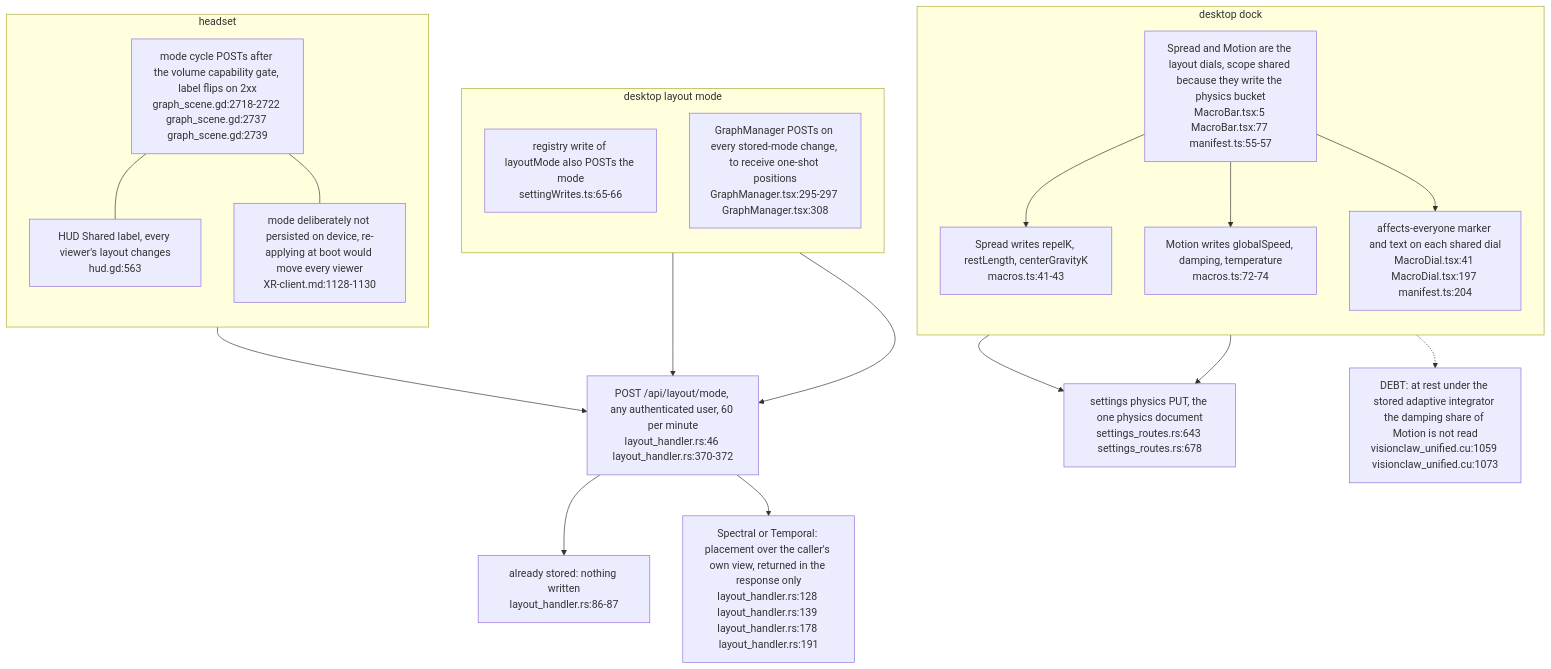
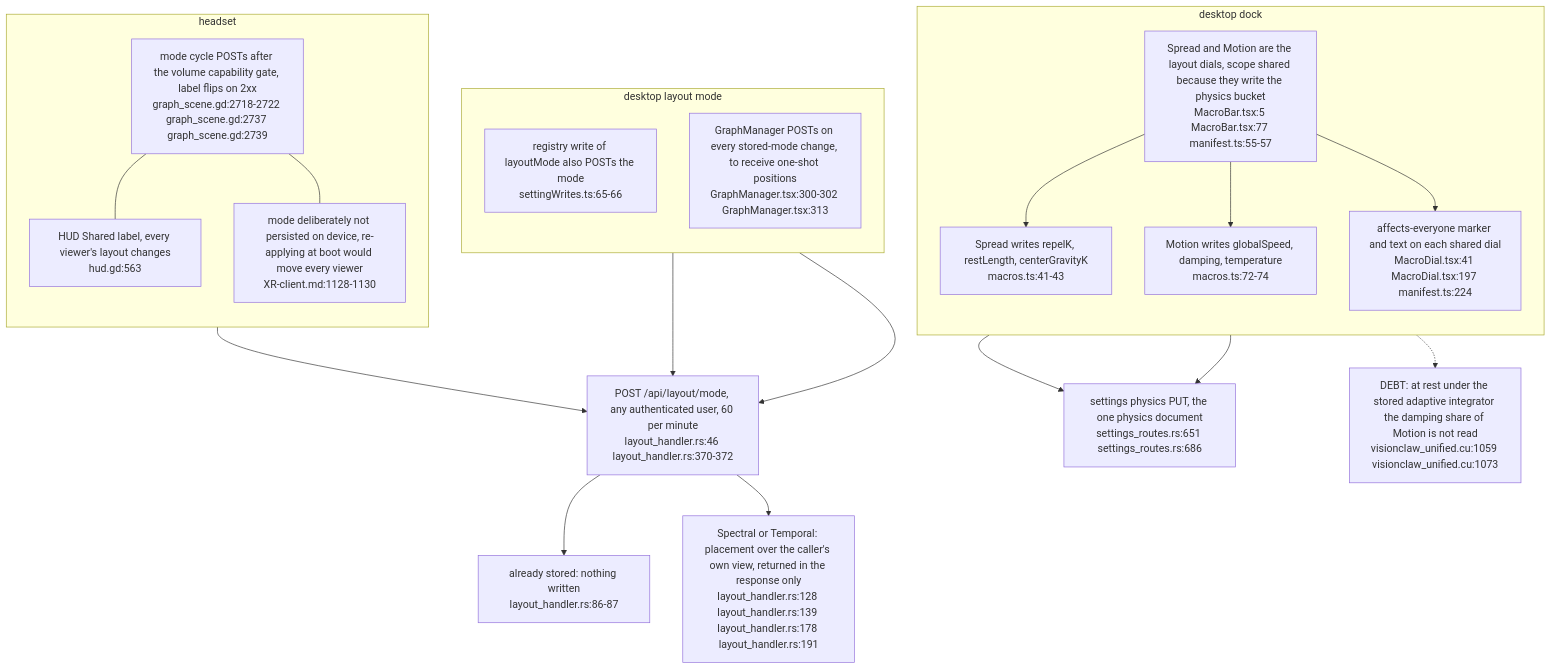
Before and after one commit to DreamLab-AI/VisionFlow: the fifth of 5 diagrams in docs/diagrams/visionclaw/54-layout-mode-step-cadence-and-settle.md, drawn with Mermaid. The commit also changed other lines of this file and 46 other files, not shown here.

Commit message:
docs(diagrams): re-verify VisionClaw topics at 809a859aa/a950f4d80 after the consolidation pass

````diff
--- a/docs/diagrams/visionclaw/54-layout-mode-step-cadence-and-settle.md
+++ b/docs/diagrams/visionclaw/54-layout-mode-step-cadence-and-settle.md
@@ -117,38 +119,38 @@
 ```mermaid
 flowchart TD
     subgraph DESK["desktop dock"]
         direction TB
         DIALS["Spread and Motion are the layout dials, scope shared because they write the physics bucket<br/>MacroBar.tsx:5 MacroBar.tsx:77 manifest.ts:55-57"]
         SPREAD["Spread writes repelK, restLength, centerGravityK<br/>macros.ts:41-43"]
         MOTION["Motion writes globalSpeed, damping, temperature<br/>macros.ts:72-74"]
-        BADGE["affects-everyone marker and text on each shared dial<br/>MacroDial.tsx:41 MacroDial.tsx:197 manifest.ts:204"]
+        BADGE["affects-everyone marker and text on each shared dial<br/>MacroDial.tsx:41 MacroDial.tsx:197 manifest.ts:224"]
         DIALS --> SPREAD
         DIALS --> MOTION
         DIALS --> BADGE
     end
     subgraph MODE["desktop layout mode"]
         direction TB
         SW["registry write of layoutMode also POSTs the mode<br/>settingWrites.ts:65-66"]
-        GM["GraphManager POSTs on every stored-mode change, to receive one-shot positions<br/>GraphManager.tsx:295-297 GraphManager.tsx:308"]
+        GM["GraphManager POSTs on every stored-mode change, to receive one-shot positions<br/>GraphManager.tsx:300-302 GraphManager.tsx:313"]
     end
     subgraph XRH["headset"]
         direction TB
         CYC["mode cycle POSTs after the volume capability gate, label flips on 2xx<br/>graph_scene.gd:2718-2722 graph_scene.gd:2737 graph_scene.gd:2739"]
         LBL["HUD Shared label, every viewer's layout changes<br/>hud.gd:563"]
         NOP["mode deliberately not persisted on device, re-applying at boot would move every viewer<br/>XR-client.md:1128-1130"]
         CYC --- LBL
         CYC --- NOP
     end
     SRV["POST /api/layout/mode, any authenticated user, 60 per minute<br/>layout_handler.rs:46 layout_handler.rs:370-372"]
     SAMEQ["already stored: nothing written<br/>layout_handler.rs:86-87"]
     ONE["Spectral or Temporal: placement over the caller's own view, returned in the response only<br/>layout_handler.rs:128 layout_handler.rs:139 layout_handler.rs:178 layout_handler.rs:191"]
-    PHYS["settings physics PUT, the one physics document<br/>settings_routes.rs:643 settings_routes.rs:678"]
+    PHYS["settings physics PUT, the one physics document<br/>settings_routes.rs:651 settings_routes.rs:686"]
     SPREAD --> PHYS
     MOTION --> PHYS
     SW --> SRV
     GM --> SRV
     CYC --> SRV
     SRV --> SAMEQ
     SRV --> ONE
     MOTION -.-> INERT["DEBT: at rest under the stored adaptive integrator the damping share of Motion is not read<br/>visionclaw_unified.cu:1059 visionclaw_unified.cu:1073"]
 ```
````
